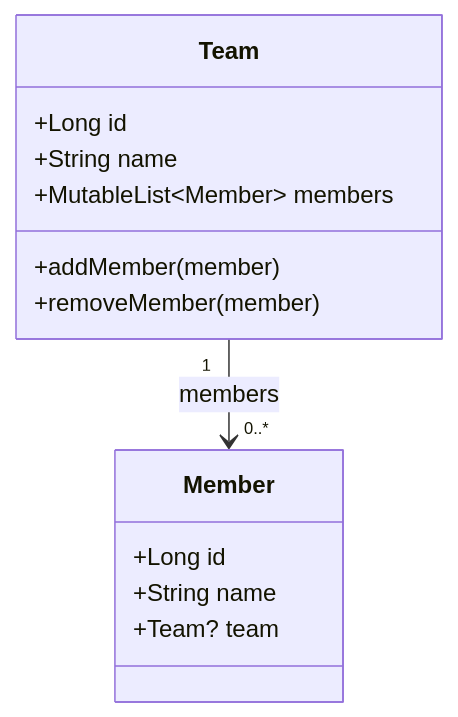
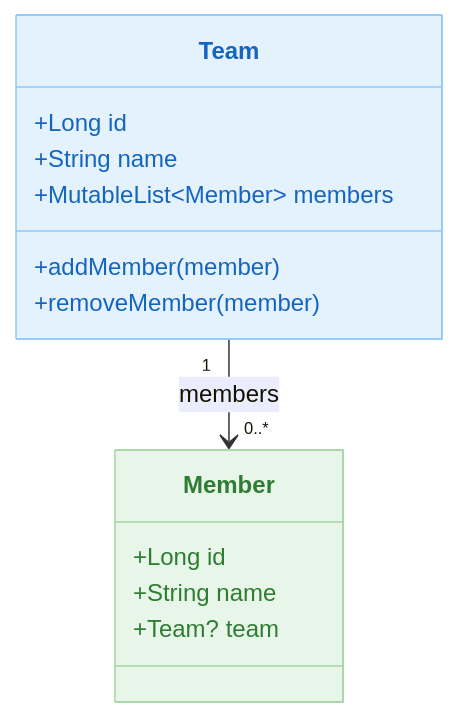
One commit to bluetape4k/exposed-workshop changed the third of 3 diagrams in 02-alternatives-to-jpa/hibernate-reactive-example/README.md. Above: the diagram before and after it, drawn with Mermaid. The commit also changed 56 other files, not shown here.

First line of the commit message:
docs: 전체 README mermaid 다이어그램에 파스텔 톤 색상 적용

````diff
--- a/02-alternatives-to-jpa/hibernate-reactive-example/README.md
+++ b/02-alternatives-to-jpa/hibernate-reactive-example/README.md
@@ -53,16 +53,19 @@
 ```mermaid
 classDiagram
     class Team {
         +Long id
         +String name
         +MutableList~Member~ members
         +addMember(member)
         +removeMember(member)
     }
     class Member {
         +Long id
         +String name
         +Team? team
     }
     Team "1" --> "0..*" Member: members
+
+    style Team fill:#E3F2FD,stroke:#90CAF9,color:#1565C0
+    style Member fill:#E8F5E9,stroke:#A5D6A7,color:#2E7D32
 ```
````
